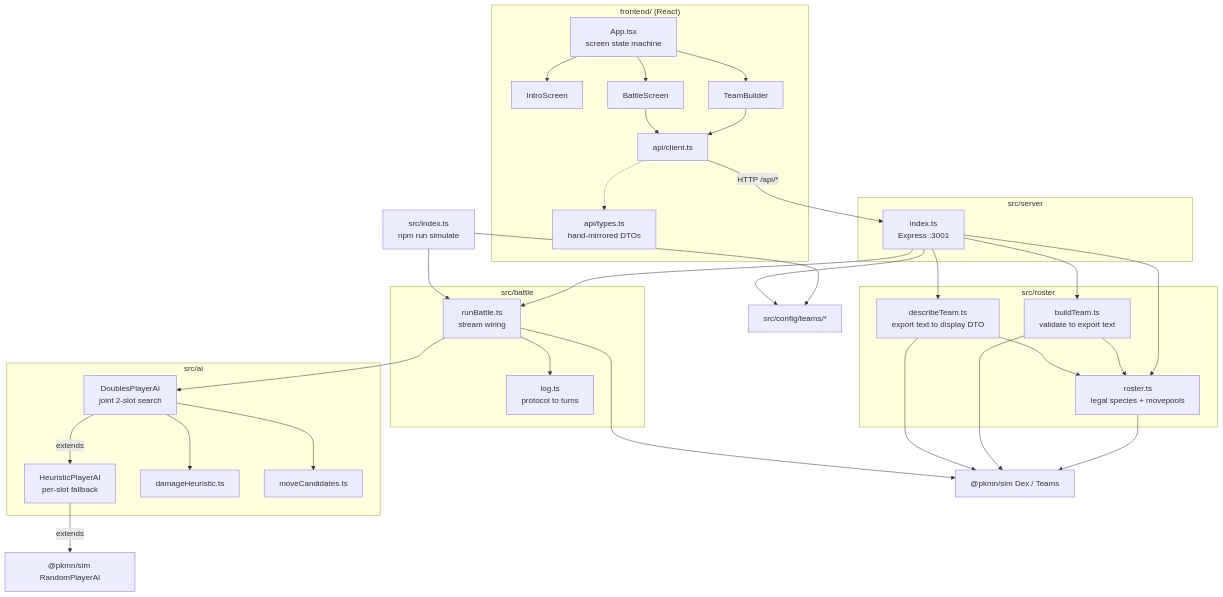
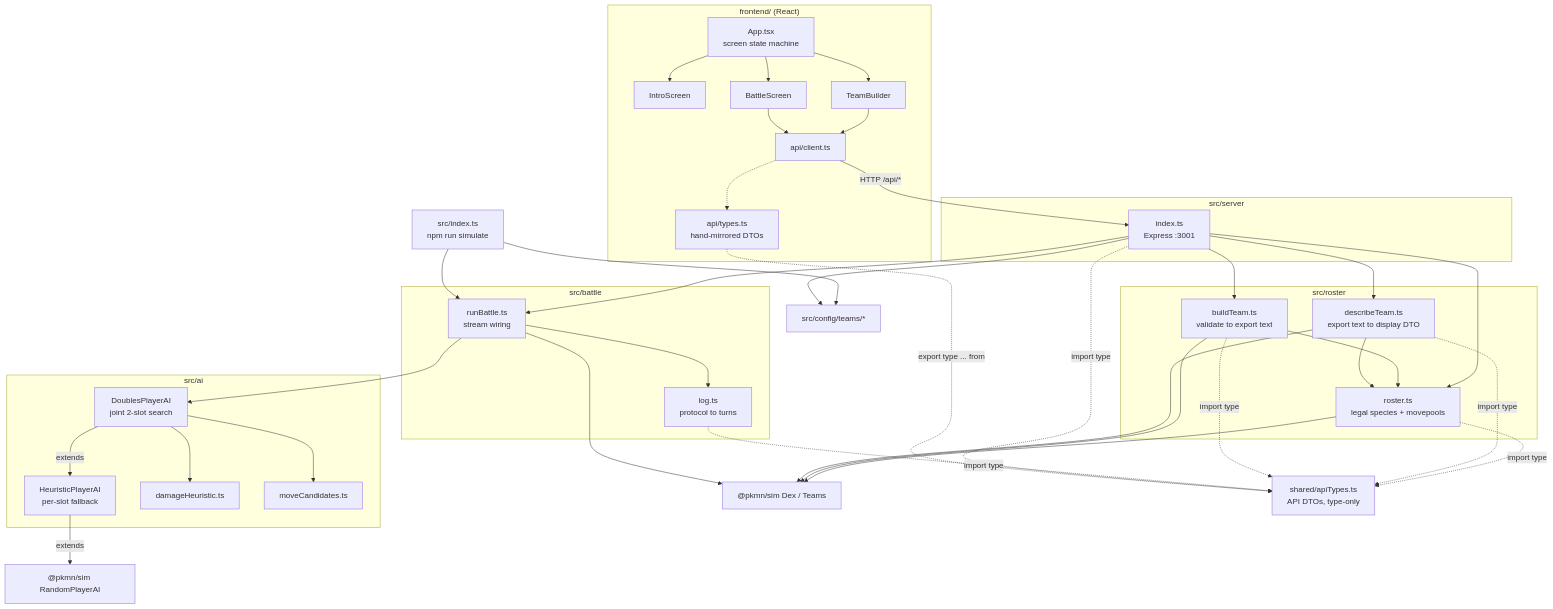
Before and after one commit to xDaizu/pokemon-auto-battler: the diagram in ARCHITECTURE.md, drawn with Mermaid. The commit also changed other lines of this file and 18 other files, not shown here.

````diff
--- a/ARCHITECTURE.md
+++ b/ARCHITECTURE.md
@@ -39,51 +45,59 @@
 ```mermaid
 graph TD
   subgraph frontend["frontend/ (React)"]
     App[App.tsx<br/>screen state machine]
     Intro[IntroScreen]
     Builder[TeamBuilder]
     Battle[BattleScreen]
     Client[api/client.ts]
     FTypes[api/types.ts<br/>hand-mirrored DTOs]
     App --> Intro & Builder & Battle
     Builder --> Client
     Battle --> Client
     Client -.-> FTypes
   end
 
   subgraph server["src/server"]
     Express[index.ts<br/>Express :3001]
   end
 
   subgraph roster["src/roster"]
     Roster[roster.ts<br/>legal species + movepools]
     Build[buildTeam.ts<br/>validate to export text]
     Describe[describeTeam.ts<br/>export text to display DTO]
   end
 
   subgraph battle["src/battle"]
     Run[runBattle.ts<br/>stream wiring]
     Log[log.ts<br/>protocol to turns]
   end
 
   subgraph ai["src/ai"]
     Doubles[DoublesPlayerAI<br/>joint 2-slot search]
     Heur[HeuristicPlayerAI<br/>per-slot fallback]
     Dmg[damageHeuristic.ts]
     Cand[moveCandidates.ts]
     Doubles -->|extends| Heur
     Doubles --> Dmg & Cand
   end
 
   Client -->|"HTTP /api/*"| Express
   Express --> Roster & Build & Describe & Run
   Build --> Roster
   Describe --> Roster
   Run --> Doubles & Log
   Heur -->|extends| PS["@pkmn/sim RandomPlayerAI"]
   Roster & Build & Describe & Run --> Dex["@pkmn/sim Dex / Teams"]
 
   CLI[src/index.ts<br/>npm run simulate] --> Run
   CLI --> Configs[src/config/teams/*]
   Express --> Configs
+
+  Shared["shared/apiTypes.ts<br/>API DTOs, type-only"]
+  Roster -.->|"import type"| Shared
+  Describe -.->|"import type"| Shared
+  Build -.->|"import type"| Shared
+  Log -.->|"import type"| Shared
+  Express -.->|"import type"| Shared
+  FTypes -.->|"export type ... from"| Shared
 ```
````
